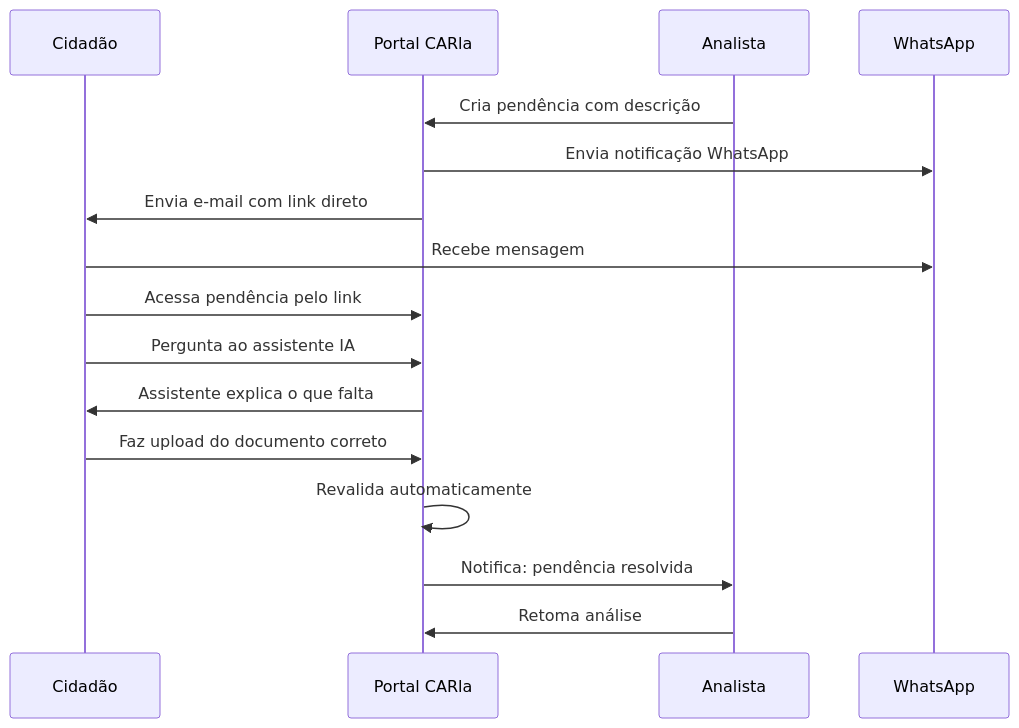
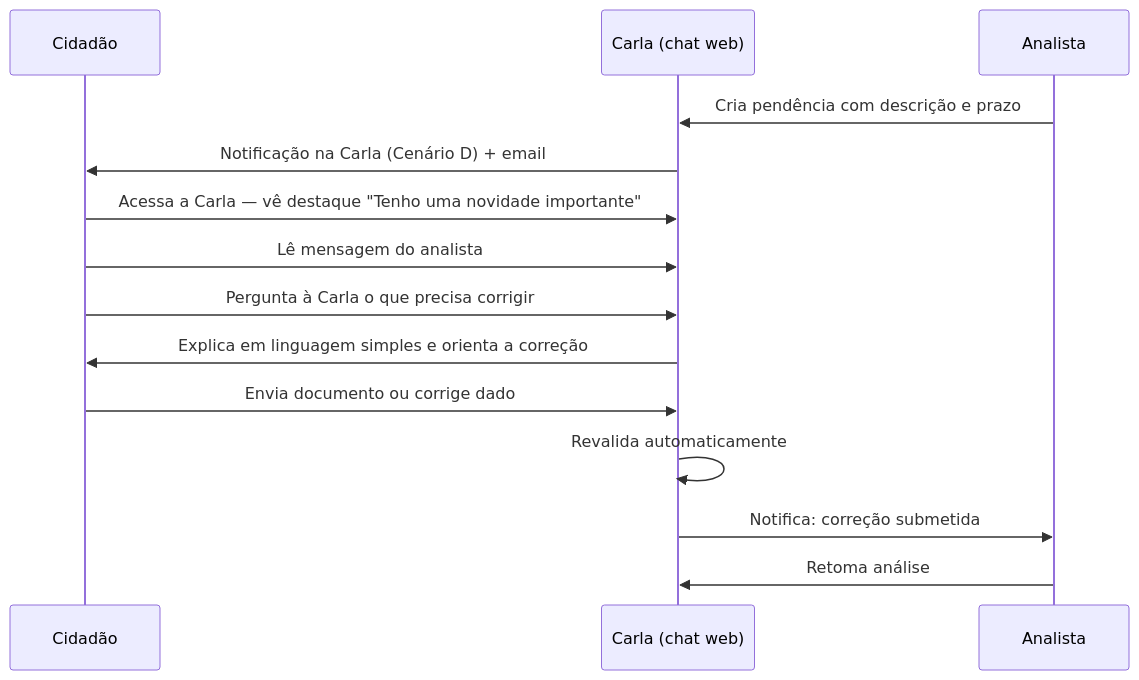
The third of 3 diagrams in website/docs/design/fluxos/cidadao.md (gresas/carla-cadastro-rural), drawn with Mermaid before and after one commit. The commit also changed other lines of this file and 32 other files, not shown here.

First line of the commit message:
docs: atualizar paradigma do canal WhatsApp → interface web própria

````diff
--- a/website/docs/design/fluxos/cidadao.md
+++ b/website/docs/design/fluxos/cidadao.md
@@ -53,19 +85,17 @@
 ```mermaid
 sequenceDiagram
     participant C as Cidadão
-    participant P as Portal CARla
+    participant K as Carla (chat web)
     participant A as Analista
-    participant W as WhatsApp
 
-    A->>P: Cria pendência com descrição
-    P->>W: Envia notificação WhatsApp
-    P->>C: Envia e-mail com link direto
-    C->>W: Recebe mensagem
-    C->>P: Acessa pendência pelo link
-    C->>P: Pergunta ao assistente IA
-    P->>C: Assistente explica o que falta
-    C->>P: Faz upload do documento correto
-    P->>P: Revalida automaticamente
-    P->>A: Notifica: pendência resolvida
-    A->>P: Retoma análise
+    A->>K: Cria pendência com descrição e prazo
+    K->>C: Notificação na Carla (Cenário D) + email
+    C->>K: Acessa a Carla — vê destaque "Tenho uma novidade importante"
+    C->>K: Lê mensagem do analista
+    C->>K: Pergunta à Carla o que precisa corrigir
+    K->>C: Explica em linguagem simples e orienta a correção
+    C->>K: Envia documento ou corrige dado
+    K->>K: Revalida automaticamente
+    K->>A: Notifica: correção submetida
+    A->>K: Retoma análise
 ```
````
